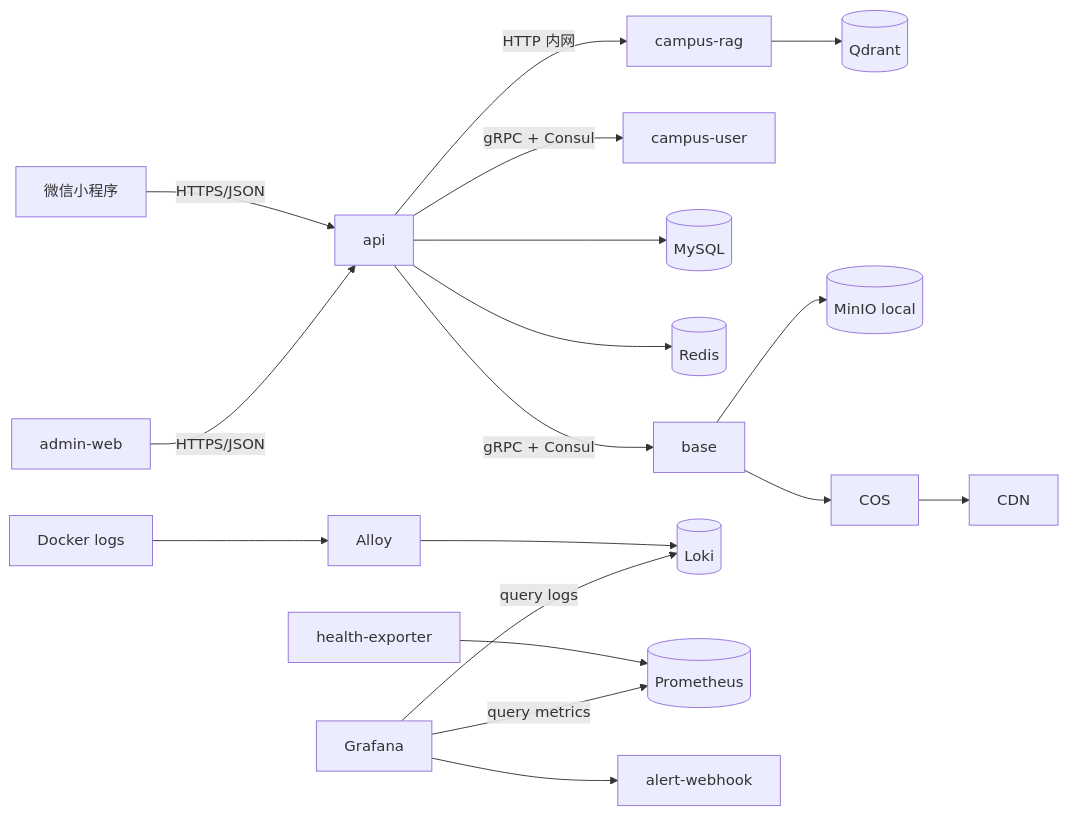
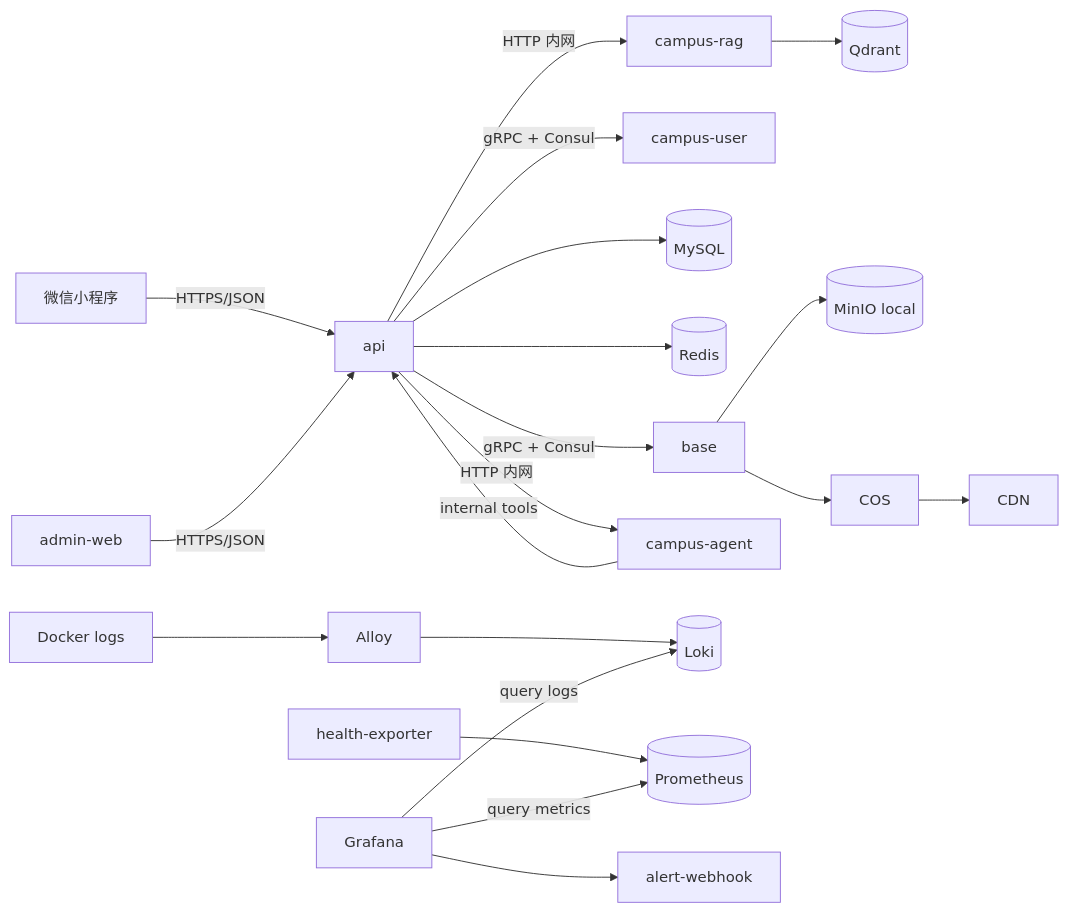
One commit to tangfire/lehu-video changed the diagram in docs/architecture.md. Above: the diagram before and after it, drawn with Mermaid. The commit also changed other lines of this file and 21 other files, not shown here.

Commit message:
新增 campus-agent 独立服务：main.py 使用 LangGraph 编排 plan_tools -> call_tools -> generate_report 用 LangChain tool 封装只读后台工具调用 后台接入“运营 Copilot”页面 文档补到：agent-copilot.md 修掉了一个配置坑：CAMPUS_AGENT_SERVICE_URL 表示 agent 服务地址，CAMPUS_AGENT_BASE_URL 只表示模型 API 地址，避免上线填错。

````diff
--- a/docs/architecture.md
+++ b/docs/architecture.md
@@ -27,20 +28,22 @@
 ```mermaid
 flowchart LR
     MiniProgram[微信小程序] -->|HTTPS/JSON| API[api]
     Admin[admin-web] -->|HTTPS/JSON| API
     API -->|gRPC + Consul| Base[base]
     API -->|gRPC + Consul| User[campus-user]
     API --> MySQL[(MySQL)]
     API --> Redis[(Redis)]
     API -->|HTTP 内网| Rag[campus-rag]
+    API -->|HTTP 内网| Agent[campus-agent]
+    Agent -->|internal tools| API
     Rag --> Qdrant[(Qdrant)]
     Base --> MinIO[(MinIO local)]
     Base --> COS[COS]
     COS --> CDN[CDN]
     DockerLogs[Docker logs] --> Alloy[Alloy]
     Alloy --> Loki[(Loki)]
     Grafana[Grafana] -->|query logs| Loki
     Health[health-exporter] --> Prometheus[(Prometheus)]
     Grafana -->|query metrics| Prometheus
     Grafana --> Alert[alert-webhook]
 ```
````
